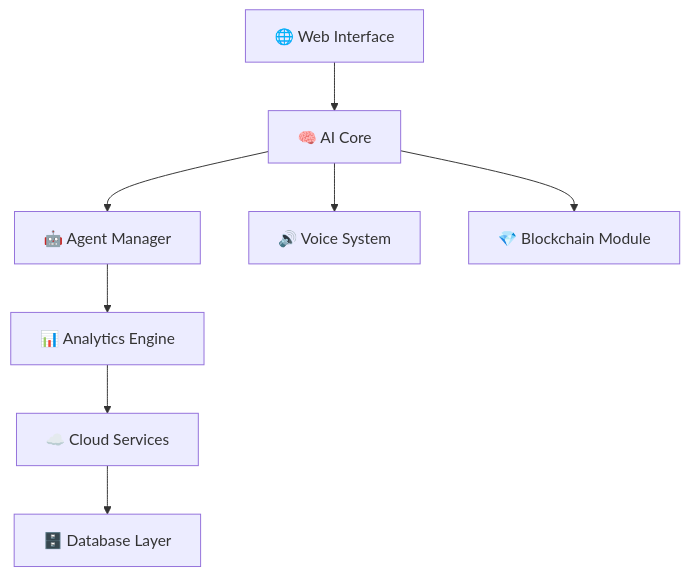
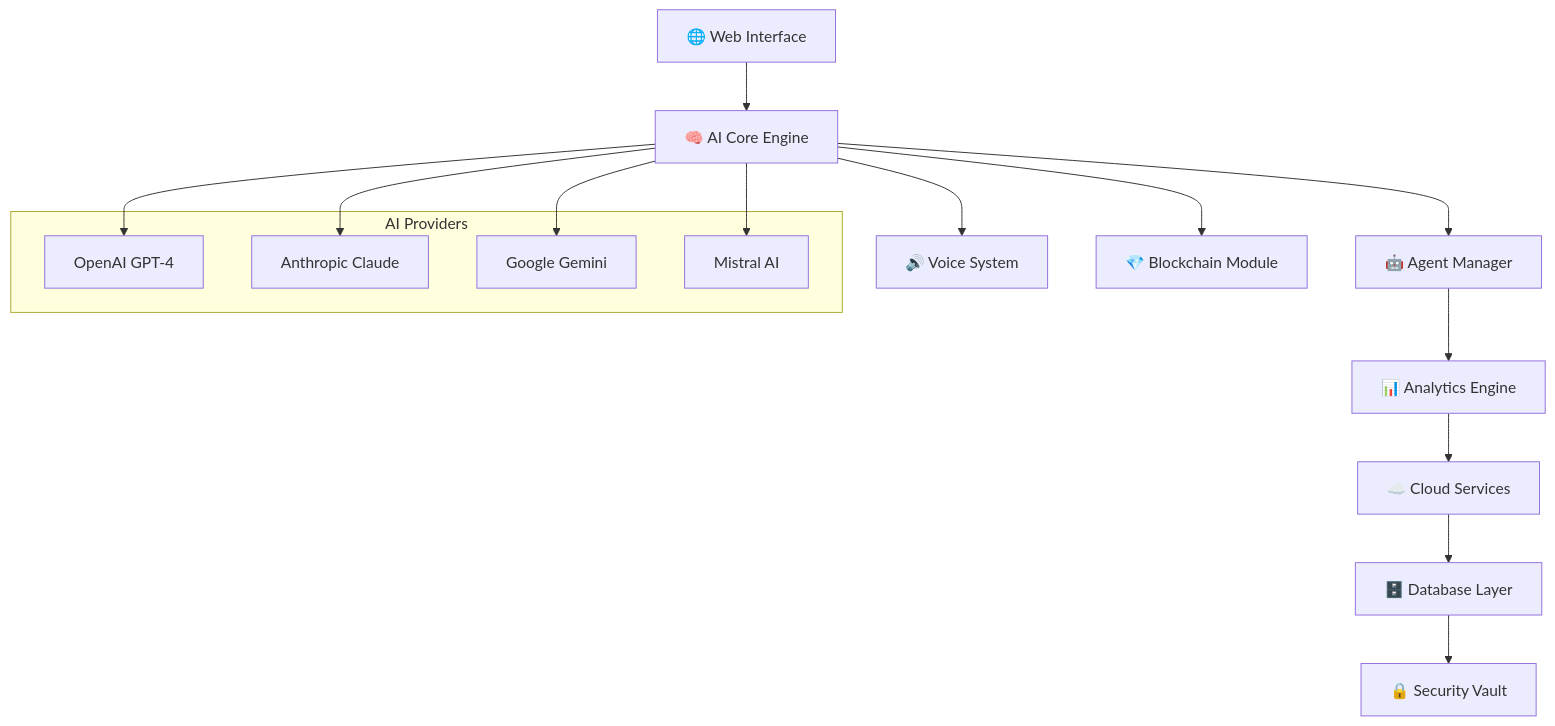
Before and after one commit to mulkymalikuldhrs/AI-MultiColony-Ecosystem: the diagram in README.md, drawn with Mermaid. The commit also changed other lines of this file and 2 other files, not shown here.

````diff
--- a/README.md
+++ b/README.md
@@ -207,10 +357,23 @@
 ```mermaid
 graph TB
-    A[🌐 Web Interface] --> B[🧠 AI Core]
+    A[🌐 Web Interface] --> B[🧠 AI Core Engine]
     B --> C[🤖 Agent Manager]
     B --> D[🔊 Voice System]
     B --> E[💎 Blockchain Module]
     C --> F[📊 Analytics Engine]
     F --> G[☁️ Cloud Services]
     G --> H[🗄️ Database Layer]
+    H --> I[🔒 Security Vault]
+    
+    subgraph "AI Providers"
+        J[OpenAI GPT-4]
+        K[Anthropic Claude]
+        L[Google Gemini]
+        M[Mistral AI]
+    end
+    
+    B --> J
+    B --> K
+    B --> L
+    B --> M
 ```
````
